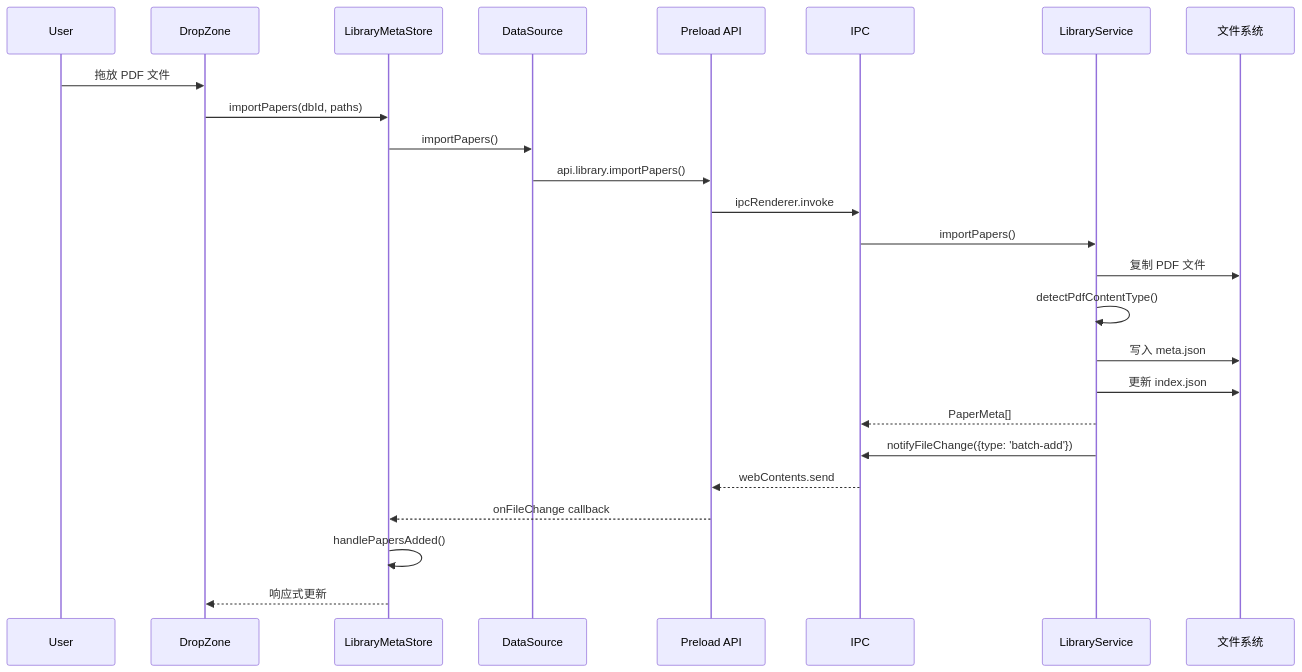
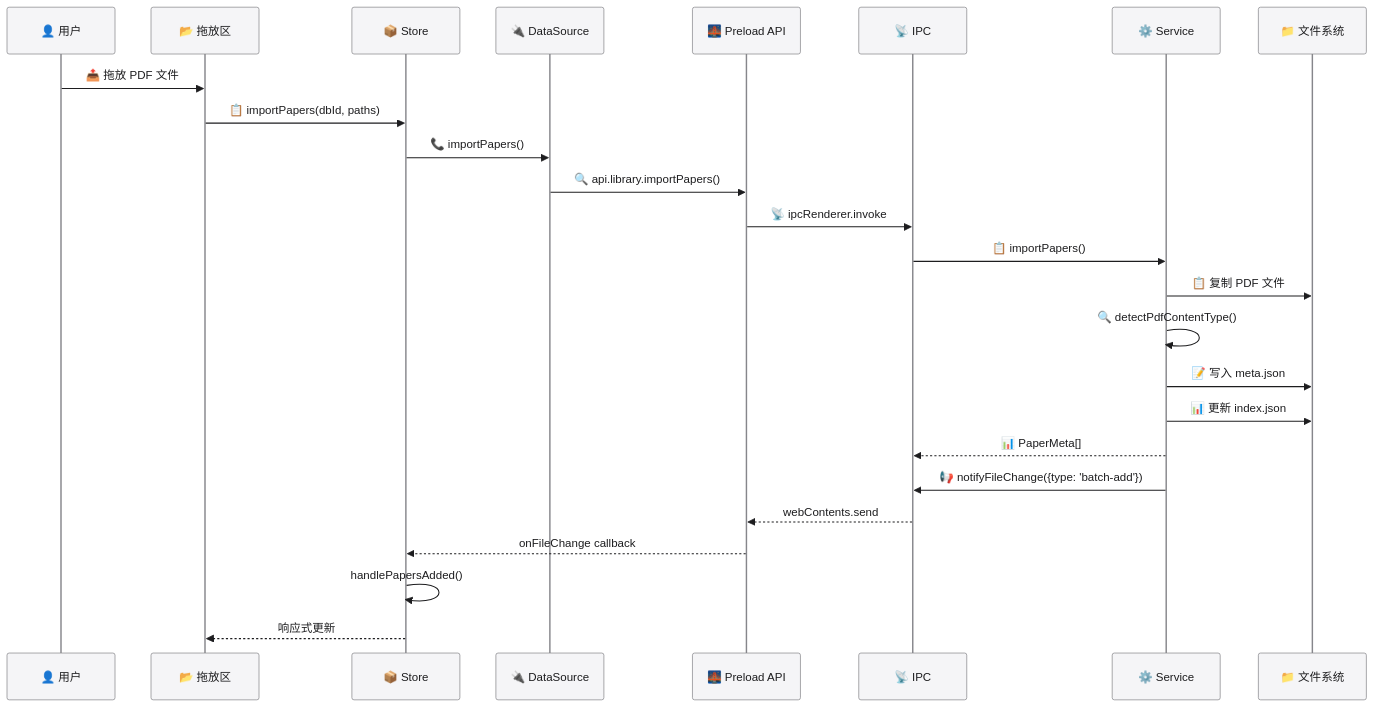
Before and after one commit to zhaowendao2005/Prisim-PaperLib---ProjectFolder: diagram 11 of 13 in docs/Wiki/wiki.md, drawn with Mermaid. The commit also changed other lines of this file and 2 other files, not shown here.

````diff
--- a/docs/Wiki/wiki.md
+++ b/docs/Wiki/wiki.md
@@ -580,28 +812,29 @@
 ```mermaid
+%%{init: {'theme':'base', 'themeVariables': { 'primaryColor':'#f5f5f7','primaryTextColor':'#1d1d1f','primaryBorderColor':'#86868b','lineColor':'#0071e3','secondaryColor':'#e8f4fd','tertiaryColor':'#fff4e6','fontSize':'14px','fontFamily':'SF Pro Text, -apple-system, sans-serif'}}}%%
 sequenceDiagram
-    participant User
-    participant DropZone
-    participant Store as LibraryMetaStore
-    participant DS as DataSource
-    participant API as Preload API
-    participant IPC
-    participant Service as LibraryService
-    participant FS as 文件系统
+    participant User as 👤 用户
+    participant DropZone as 📂 拖放区
+    participant Store as 📦 Store
+    participant DS as 🔌 DataSource
+    participant API as 🌉 Preload API
+    participant IPC as 📡 IPC
+    participant Service as ⚙️ Service
+    participant FS as 📁 文件系统
     
-    User->>DropZone: 拖放 PDF 文件
-    DropZone->>Store: importPapers(dbId, paths)
-    Store->>DS: importPapers()
-    DS->>API: api.library.importPapers()
-    API->>IPC: ipcRenderer.invoke
-    IPC->>Service: importPapers()
-    Service->>FS: 复制 PDF 文件
-    Service->>Service: detectPdfContentType()
-    Service->>FS: 写入 meta.json
-    Service->>FS: 更新 index.json
-    Service-->>IPC: PaperMeta[]
-    Service->>IPC: notifyFileChange({type: 'batch-add'})
+    User->>DropZone: 📤 拖放 PDF 文件
+    DropZone->>Store: 📋 importPapers(dbId, paths)
+    Store->>DS: 📞 importPapers()
+    DS->>API: 🔍 api.library.importPapers()
+    API->>IPC: 📡 ipcRenderer.invoke
+    IPC->>Service: 📋 importPapers()
+    Service->>FS: 📋 复制 PDF 文件
+    Service->>Service: 🔍 detectPdfContentType()
+    Service->>FS: 📝 写入 meta.json
+    Service->>FS: 📊 更新 index.json
+    Service-->>IPC: 📊 PaperMeta[]
+    Service->>IPC: 📢 notifyFileChange({type: 'batch-add'})
     IPC-->>API: webContents.send
     API-->>Store: onFileChange callback
     Store->>Store: handlePapersAdded()
     Store-->>DropZone: 响应式更新
 ```
````
